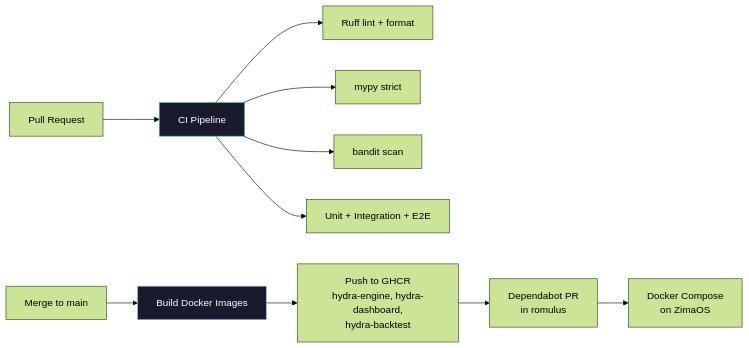
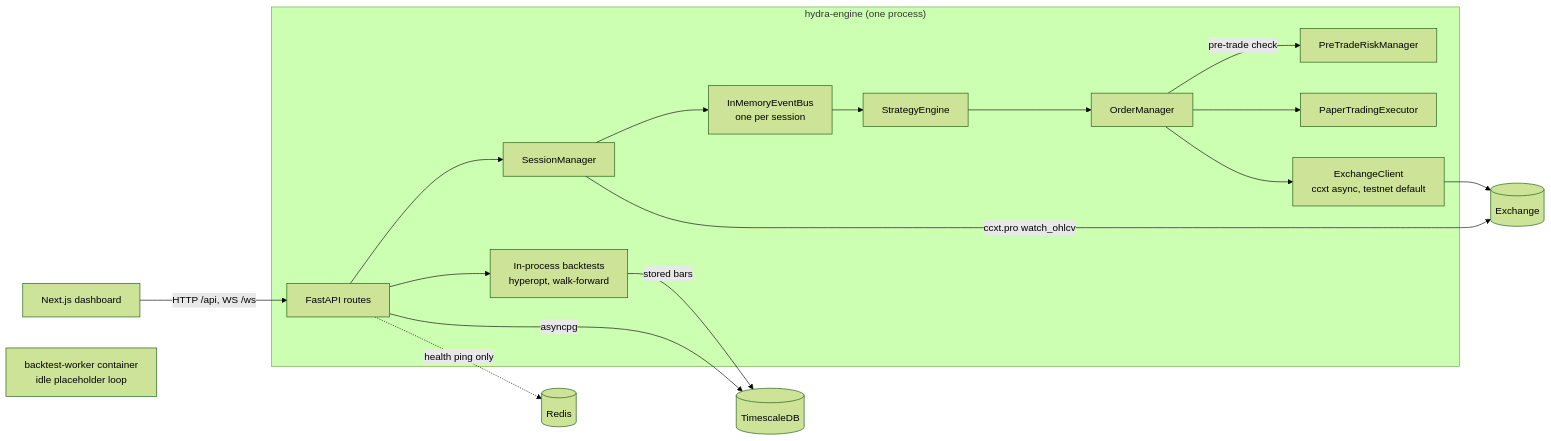
One commit to somatczk/hydra changed the diagram in README.md. Above: the diagram before and after it, drawn with Mermaid (forest theme). The commit also changed other lines of this file and 13 other files, not shown here.

````diff
--- a/README.md
+++ b/README.md
@@ -229,16 +63,23 @@
 ```mermaid
 graph LR
-    PR[Pull Request] --> CI[CI Pipeline]
-    CI --> Lint[Ruff lint + format]
-    CI --> Types[mypy strict]
-    CI --> Security[bandit scan]
-    CI --> Tests[Unit + Integration + E2E]
+    UI[Next.js dashboard]
 
-    Merge[Merge to main] --> Build[Build Docker Images]
-    Build --> GHCR[Push to GHCR<br/>hydra-engine, hydra-dashboard,<br/>hydra-backtest]
-    GHCR --> Dependabot[Dependabot PR<br/>in romulus]
-    Dependabot --> Deploy[Docker Compose<br/>on ZimaOS]
+    subgraph Engine["hydra-engine (one process)"]
+        API[FastAPI routes] --> SM[SessionManager]
+        API --> BT[In-process backtests<br/>hyperopt, walk-forward]
+        SM --> Bus[InMemoryEventBus<br/>one per session]
+        Bus --> SE[StrategyEngine]
+        SE --> OM[OrderManager]
+        OM -->|pre-trade check| PT[PreTradeRiskManager]
+        OM --> PE[PaperTradingExecutor]
+        OM --> EC[ExchangeClient<br/>ccxt async, testnet default]
+    end
 
-    style CI fill:#1a1a2e,stroke:#22c55e,color:#fff
-    style Build fill:#1a1a2e,stroke:#8AB8FF,color:#fff
+    UI -->|HTTP /api, WS /ws| API
+    SM -->|ccxt.pro watch_ohlcv| Binance[(Exchange)]
+    EC --> Binance
+    API -->|asyncpg| DB[(TimescaleDB)]
+    BT -->|stored bars| DB
+    API -.->|health ping only| Redis[(Redis)]
+    Worker[backtest-worker container<br/>idle placeholder loop]
 ```
````
